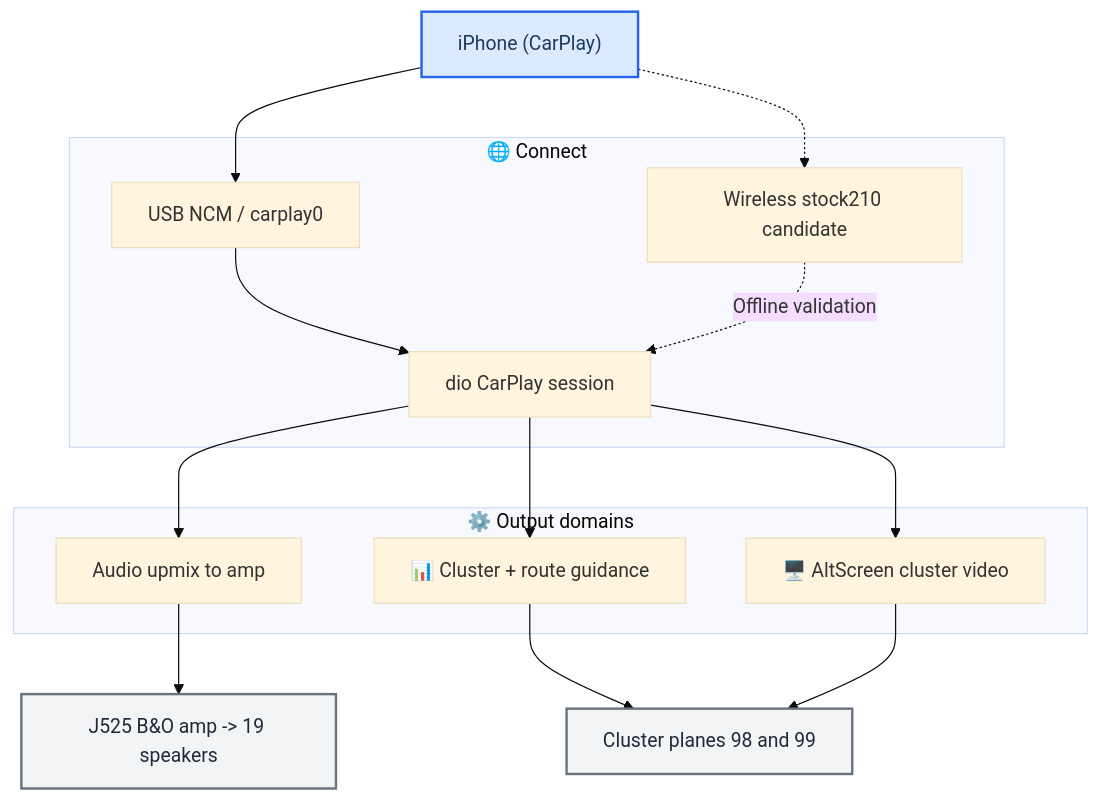
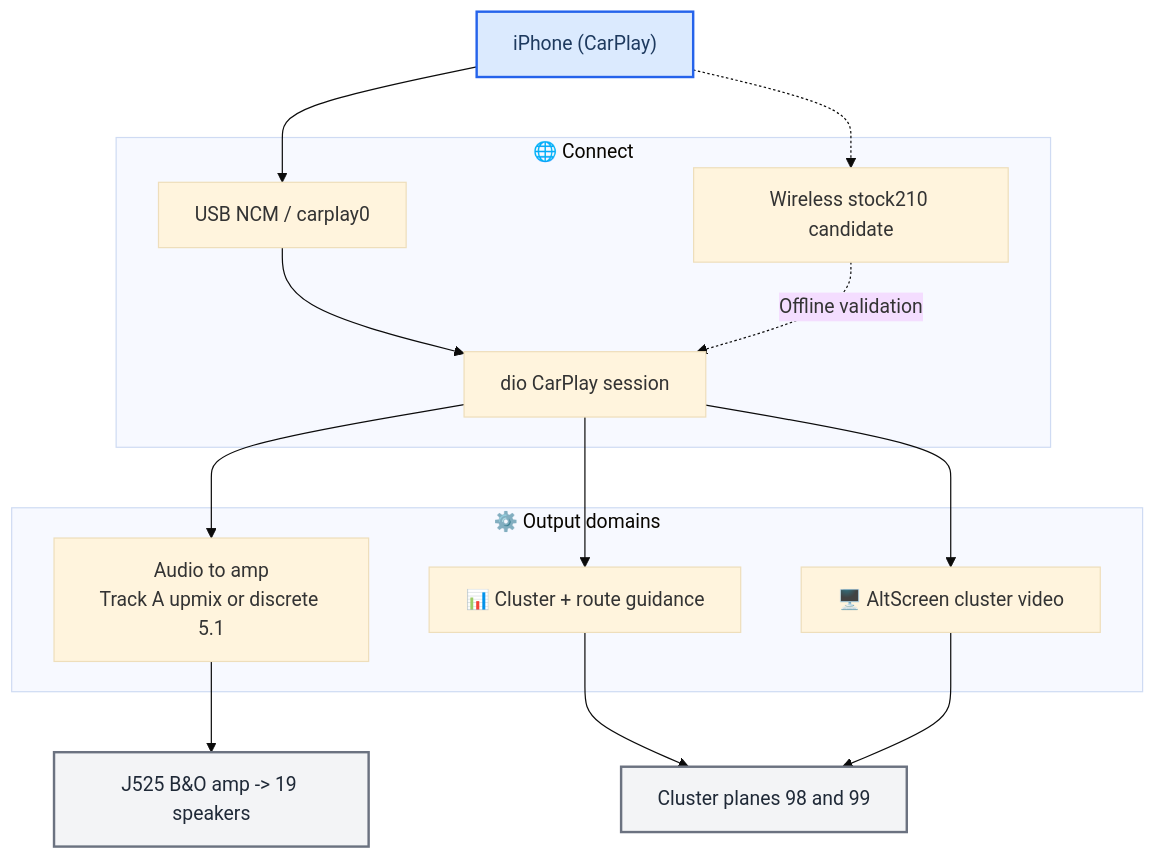
The second of 2 diagrams in docs/README.md (luka-dev/mib2q-carplay-rgi), drawn with Mermaid (base theme) before and after one commit. The commit also changed other lines of this file and 6 other files, not shown here.

Commit message:
docs(audio): refresh domain diagrams and paused qualification map

````diff
--- a/docs/README.md
+++ b/docs/README.md
@@ -133,38 +138,38 @@
 ```mermaid
 flowchart TB
     accTitle: MHI2Q CarPlay system overview
     accDescr: The iPhone connects over USB NCM or the offline wireless candidate; the CarPlay session drives three output domains — audio to the amp, route guidance to the cluster, and alternate-screen video — all built and deployed from the hook.
 
     phone["iPhone (CarPlay)"]
 
     subgraph connect ["🌐 Connect"]
         ncm["USB NCM / carplay0"]
         session["dio CarPlay session"]
         wireless["Wireless stock210 candidate" ]
         ncm --> session
         wireless -.->|"Offline validation"| session
     end
 
     subgraph outputs ["⚙️ Output domains"]
-        audio["Audio upmix to amp"]
+        audio["Audio to amp<br/>Track A upmix or discrete 5.1"]
         cluster["📊 Cluster + route guidance"]
         alt["🖥️ AltScreen cluster video"]
     end
 
     amp["J525 B&O amp -> 19 speakers"]
     kombi["Cluster planes 98 and 99"]
 
     phone --> ncm
     phone -.-> wireless
     session --> audio
     session --> cluster
     session --> alt
     audio --> amp
     cluster --> kombi
     alt --> kombi
 
     classDef primary fill:#dbeafe,stroke:#2563eb,stroke-width:2px,color:#1e3a5f
     classDef neutral fill:#f3f4f6,stroke:#6b7280,stroke-width:2px,color:#1f2937
     class phone primary
     class amp,kombi neutral
 ```
````
